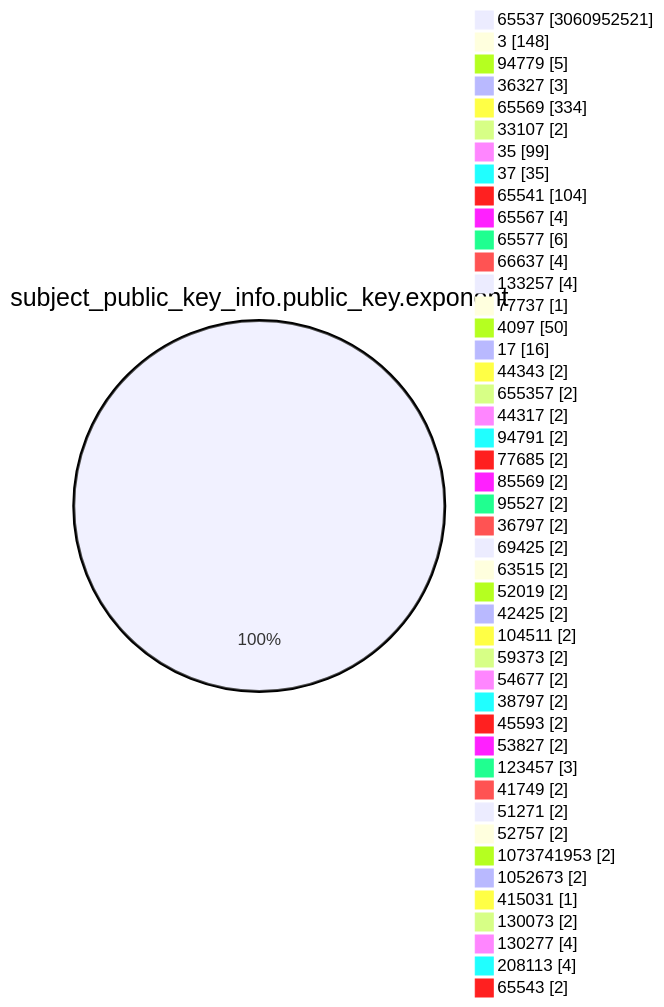
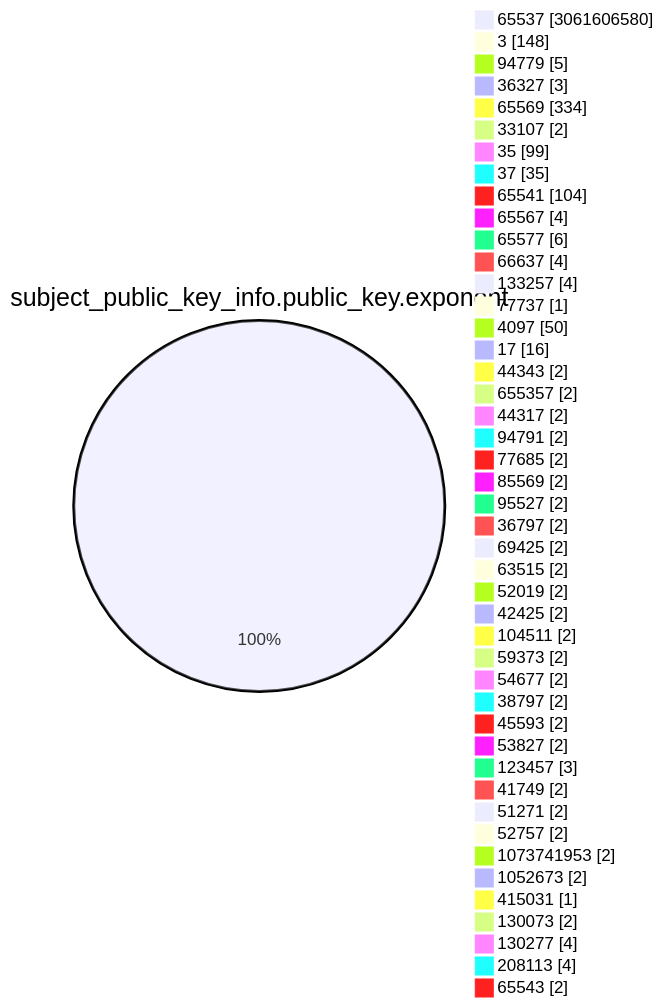
One commit to christiankrug/ctmonitor_visualization changed the fourth of 15 diagrams in TOTAL/README.md. Above: the diagram before and after it, drawn with Mermaid. The commit also changed other lines of this file, not shown here.

````diff
--- a/TOTAL/README.md
+++ b/TOTAL/README.md
@@ -1473,49 +1473,49 @@
 ```mermaid
 pie showData
 title subject_public_key_info.public_key.exponent
-"65537" :3060952521
+"65537" :3061606580
 "3" :148
 "94779" :5
 "36327" :3
 "65569" :334
 "33107" :2
 "35" :99
 "37" :35
 "65541" :104
 "65567" :4
 "65577" :6
 "66637" :4
 "133257" :4
 "77737" :1
 "4097" :50
 "17" :16
 "44343" :2
 "655357" :2
 "44317" :2
 "94791" :2
 "77685" :2
 "85569" :2
 "95527" :2
 "36797" :2
 "69425" :2
 "63515" :2
 "52019" :2
 "42425" :2
 "104511" :2
 "59373" :2
 "54677" :2
 "38797" :2
 "45593" :2
 "53827" :2
 "123457" :3
 "41749" :2
 "51271" :2
 "52757" :2
 "1073741953" :2
 "1052673" :2
 "415031" :1
 "130073" :2
 "130277" :4
 "208113" :4
 "65543" :2
 ```
````
